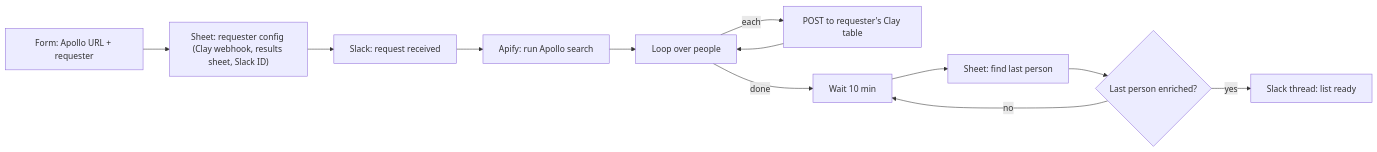
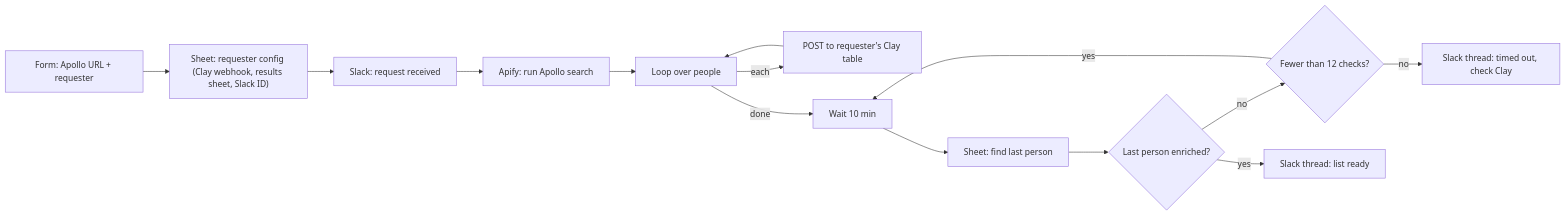
Before and after one commit to amjaddwikat/gtm-workflows: the diagram in docs/case-studies/03-apollo-self-serve-enrichment.md, drawn with Mermaid. The commit also changed other lines of this file and 13 other files, not shown here.

````diff
--- a/docs/case-studies/03-apollo-self-serve-enrichment.md
+++ b/docs/case-studies/03-apollo-self-serve-enrichment.md
@@ -24,11 +24,13 @@
 ```mermaid
 flowchart LR
     F["Form: Apollo URL + requester"] --> CFG["Sheet: requester config (Clay webhook, results sheet, Slack ID)"]
     CFG --> N1["Slack: request received"]
     N1 --> AP["Apify: run Apollo search"]
     AP --> LOOP["Loop over people"] -->|each| CL["POST to requester's Clay table"] --> LOOP
     LOOP -->|done| W["Wait 10 min"] --> CHK["Sheet: find last person"]
     CHK --> OK{"Last person enriched?"}
-    OK -->|no| W
+    OK -->|no| CAP{"Fewer than 12 checks?"}
+    CAP -->|yes| W
+    CAP -->|no| TO["Slack thread: timed out, check Clay"]
     OK -->|yes| N2["Slack thread: list ready"]
 ```
````
